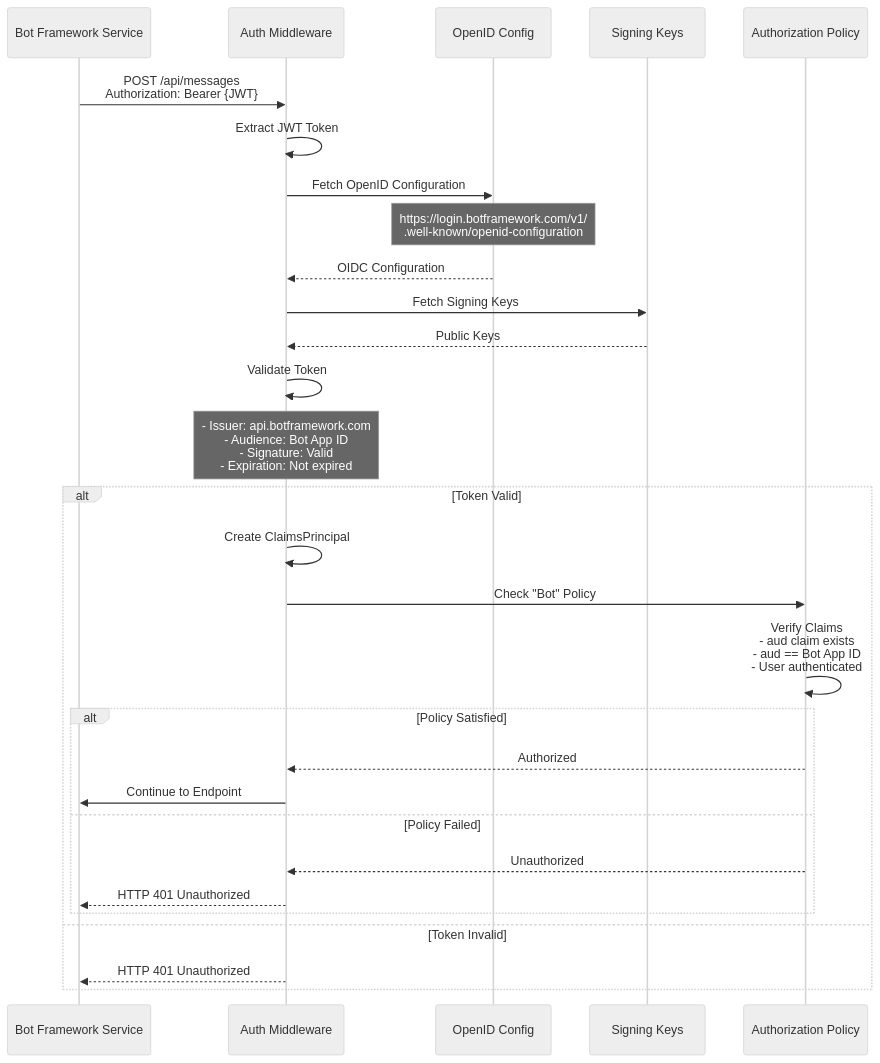
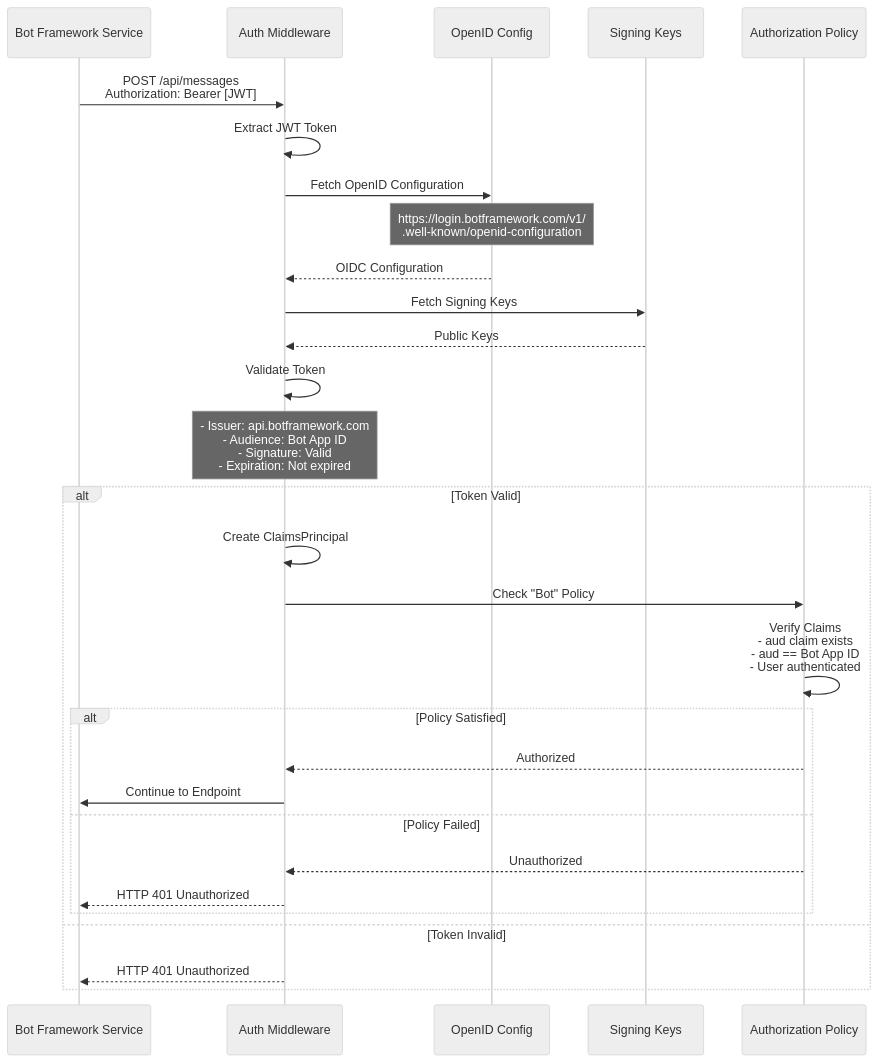
One commit to agnte/Rido.BFLite changed the sixth of 10 diagrams in docs/ARCHITECTURE.md. Above: the diagram before and after it, drawn with Mermaid (neutral theme). The commit also changed other lines of this file, not shown here.

Commit message:
Fix remaining Mermaid rendering issues - escape curly braces and add quotes to decision nodes

````diff
--- a/docs/ARCHITECTURE.md
+++ b/docs/ARCHITECTURE.md
@@ -411,36 +411,36 @@
 ```mermaid
 sequenceDiagram
     participant BFS as Bot Framework Service
     participant MW as Auth Middleware
     participant Config as OpenID Config
     participant Keys as Signing Keys
     participant Policy as Authorization Policy
 
-    BFS->>MW: POST /api/messages<br/>Authorization: Bearer {JWT}
+    BFS->>MW: POST /api/messages<br/>Authorization: Bearer [JWT]
     
     MW->>MW: Extract JWT Token
     MW->>Config: Fetch OpenID Configuration
     Note over Config: https://login.botframework.com/v1/<br/>.well-known/openid-configuration
     Config-->>MW: OIDC Configuration
     
     MW->>Keys: Fetch Signing Keys
     Keys-->>MW: Public Keys
     
     MW->>MW: Validate Token
     Note over MW: - Issuer: api.botframework.com<br/>- Audience: Bot App ID<br/>- Signature: Valid<br/>- Expiration: Not expired
     
     alt Token Valid
         MW->>MW: Create ClaimsPrincipal
         MW->>Policy: Check "Bot" Policy
         Policy->>Policy: Verify Claims<br/>- aud claim exists<br/>- aud == Bot App ID<br/>- User authenticated
         alt Policy Satisfied
             Policy-->>MW: Authorized
             MW->>BFS: Continue to Endpoint
         else Policy Failed
             Policy-->>MW: Unauthorized
             MW-->>BFS: HTTP 401 Unauthorized
         end
     else Token Invalid
         MW-->>BFS: HTTP 401 Unauthorized
     end
 ```
````
